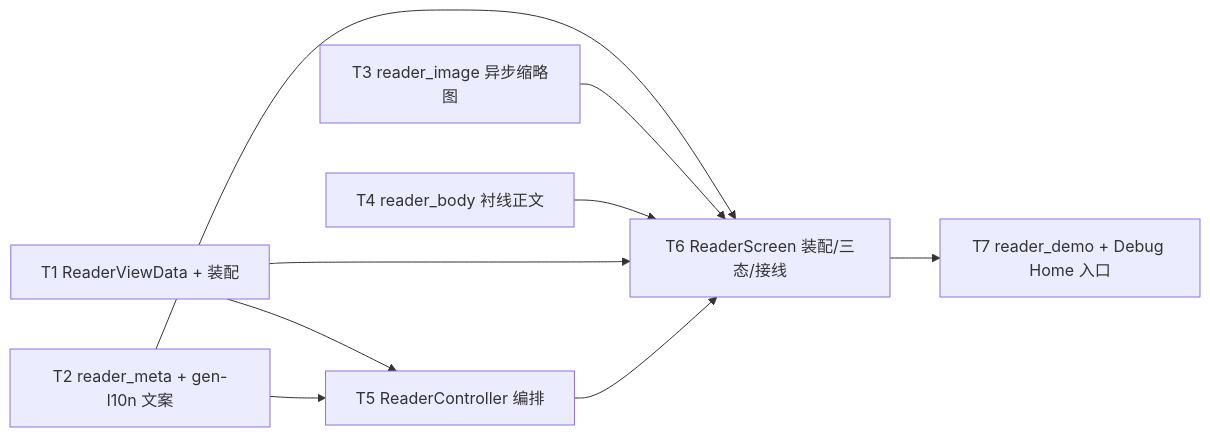
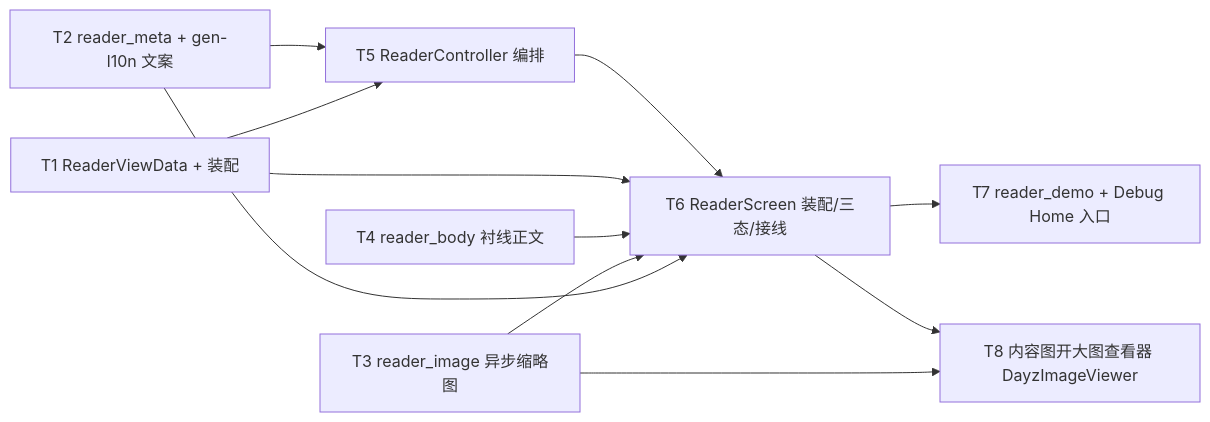
Before and after one commit to cr1992/DayZ: the diagram in specs/active/reader-screen/tasks.md, drawn with Mermaid. The commit also changed other lines of this file and 16 other files, not shown here.

````diff
--- a/specs/active/reader-screen/tasks.md
+++ b/specs/active/reader-screen/tasks.md
@@ -13,11 +13,13 @@
 ```mermaid
 graph LR
   T1[T1 ReaderViewData + 装配] --> T5[T5 ReaderController 编排]
   T2[T2 reader_meta + gen-l10n 文案] --> T6[T6 ReaderScreen 装配/三态/接线]
   T3[T3 reader_image 异步缩略图] --> T6
   T4[T4 reader_body 衬线正文] --> T6
   T1 --> T6
   T2 --> T5
   T5 --> T6
   T6 --> T7[T7 reader_demo + Debug Home 入口]
+  T3 --> T8[T8 内容图开大图查看器 DayzImageViewer]
+  T6 --> T8
 ```
````
